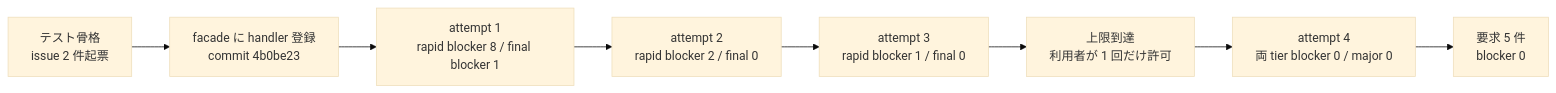
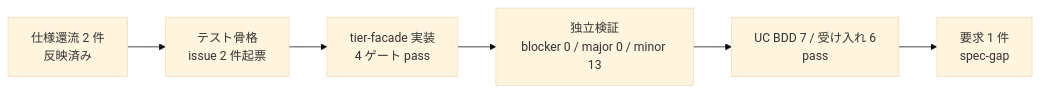
One commit to suwa-sh/relay-gate changed the diagram in docs/impl/latest/dcd8234d/feedback/as-built-summary.md. Above: the diagram before and after it, drawn with Mermaid (base theme). The commit also changed other lines of this file and 7 other files, not shown here.

First line of the commit message:
impl(dcd8234d): S8 feedback draft (1 request, spec-gap)

````diff
--- a/docs/impl/latest/dcd8234d/feedback/as-built-summary.md
+++ b/docs/impl/latest/dcd8234d/feedback/as-built-summary.md
@@ -17,10 +21,8 @@
 ```mermaid
 flowchart LR
-  S2[テスト骨格<br/>issue 2 件起票] --> HOOK[facade に handler 登録<br/>commit 4b0be23]
-  HOOK --> A1[attempt 1<br/>rapid blocker 8 / final blocker 1]
-  A1 --> A2[attempt 2<br/>rapid blocker 2 / final 0]
-  A2 --> A3[attempt 3<br/>rapid blocker 1 / final 0]
-  A3 --> LIMIT[上限到達<br/>利用者が 1 回だけ許可]
-  LIMIT --> A4[attempt 4<br/>両 tier blocker 0 / major 0]
-  A4 --> R[要求 5 件<br/>blocker 0]
+  R1[仕様還流 2 件<br/>反映済み] --> S2[テスト骨格<br/>issue 2 件起票]
+  S2 --> S4[tier-facade 実装<br/>4 ゲート pass]
+  S4 --> S5[独立検証<br/>blocker 0 / major 0 / minor 13]
+  S5 --> S67[UC BDD 7 / 受け入れ 6<br/>pass]
+  S67 --> FB[要求 1 件<br/>spec-gap]
 ```
````
